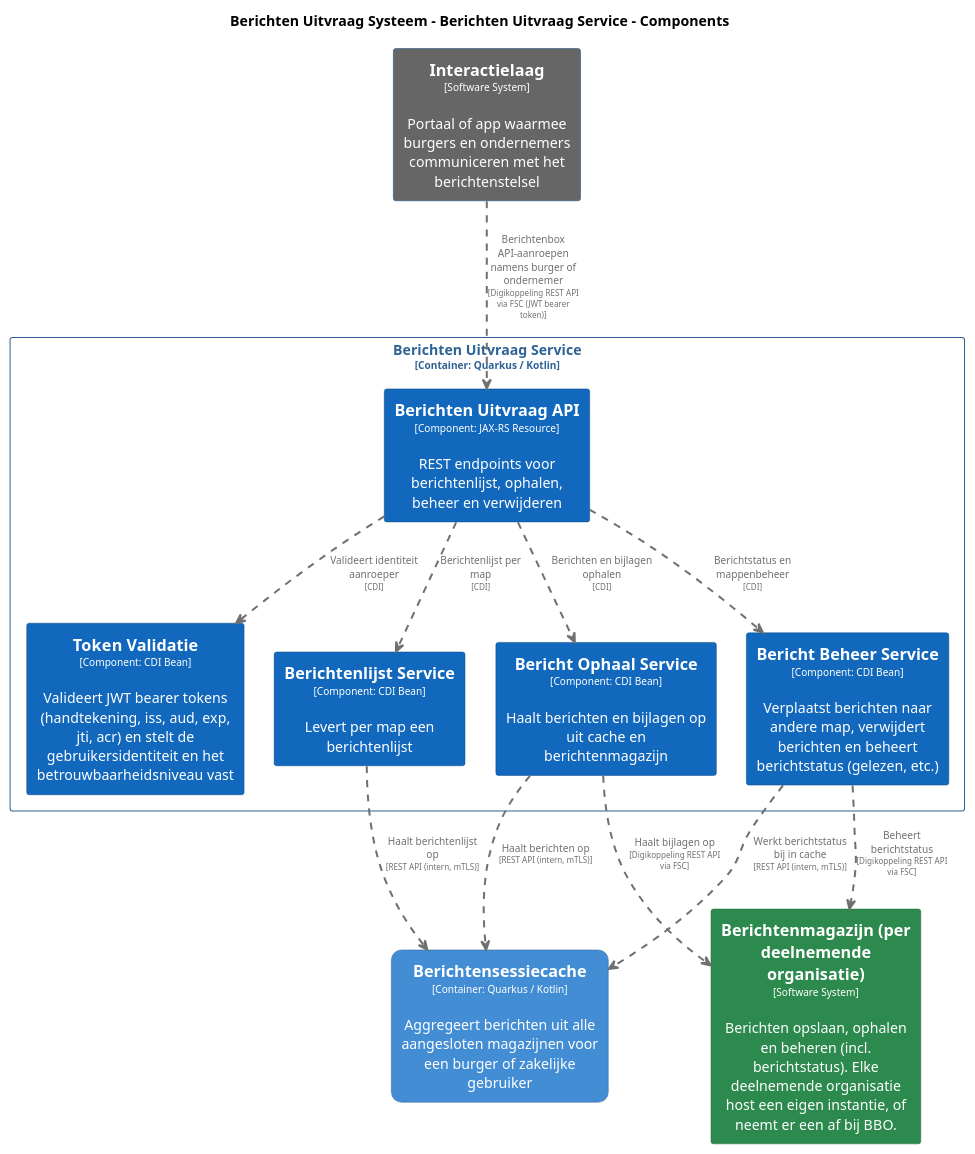
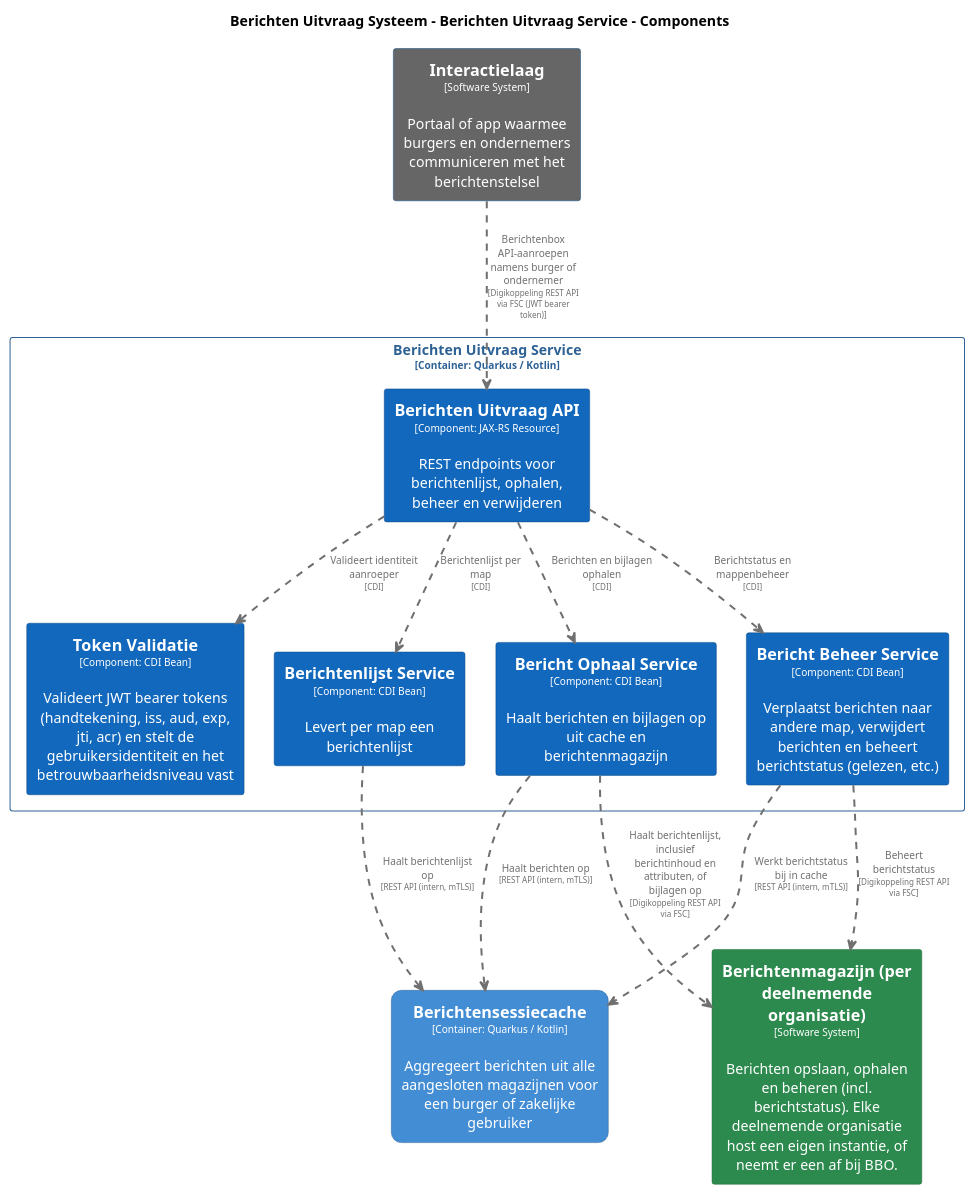
The diagram in pr-preview/pr-29/master/puml/BerichtenUitvraagServiceComponenten.puml (MinBZK/moza-poc-fbs-berichtenbox), drawn with PlantUML before and after one commit. The commit also changed 38 other files, not shown here.

```diff
--- a/pr-preview/pr-29/master/puml/BerichtenUitvraagServiceComponenten.puml
+++ b/pr-preview/pr-29/master/puml/BerichtenUitvraagServiceComponenten.puml
@@ -1,95 +1,95 @@
 @startuml
 set separator none
 title Berichten Uitvraag Systeem - Berichten Uitvraag Service - Components
 
 top to bottom direction
 skinparam ranksep 60
 skinparam nodesep 30
 
 skinparam {
   arrowFontSize 10
   defaultTextAlignment center
   wrapWidth 200
   maxMessageSize 100
 }
 
 hide stereotype
 
 skinparam rectangle<<BerichtenUitvraagSysteem.BerichtenUitvraagService.BerichtBeheerService>> {
   BackgroundColor #1168bd
   FontColor #ffffff
   BorderColor #0b4884
   shadowing false
 }
 skinparam rectangle<<BerichtenUitvraagSysteem.BerichtenUitvraagService.BerichtOphaalService>> {
   BackgroundColor #1168bd
   FontColor #ffffff
   BorderColor #0b4884
   shadowing false
 }
 skinparam rectangle<<BerichtenUitvraagSysteem.BerichtenUitvraagService.BerichtenUitvraagAPI>> {
   BackgroundColor #1168bd
   FontColor #ffffff
   BorderColor #0b4884
   shadowing false
 }
 skinparam rectangle<<BerichtenUitvraagSysteem.BerichtenUitvraagService.BerichtenlijstService>> {
   BackgroundColor #1168bd
   FontColor #ffffff
   BorderColor #0b4884
   shadowing false
 }
 skinparam rectangle<<Berichtenmagazijnperdeelnemendeorganisatie>> {
   BackgroundColor #2d8a4e
   FontColor #ffffff
   BorderColor #1e6b38
   shadowing false
 }
 skinparam rectangle<<BerichtenUitvraagSysteem.Berichtensessiecache>> {
   BackgroundColor #438dd5
   FontColor #ffffff
   BorderColor #2e6295
   roundCorner 20
   shadowing false
 }
 skinparam rectangle<<Interactielaag>> {
   BackgroundColor #666666
   FontColor #ffffff
   BorderColor #0b4884
   shadowing false
 }
 skinparam rectangle<<BerichtenUitvraagSysteem.BerichtenUitvraagService.TokenValidatie>> {
   BackgroundColor #1168bd
   FontColor #ffffff
   BorderColor #0b4884
   shadowing false
 }
 skinparam rectangle<<BerichtenUitvraagSysteem.BerichtenUitvraagService>> {
   BorderColor #2e6295
   FontColor #2e6295
   shadowing false
 }
 
 rectangle "==Interactielaag\n<size:10>[Software System]</size>\n\nPortaal of app waarmee burgers en ondernemers communiceren met het berichtenstelsel" <<Interactielaag>> as Interactielaag
 rectangle "==Berichtenmagazijn (per deelnemende organisatie)\n<size:10>[Software System]</size>\n\nBerichten opslaan, ophalen en beheren (incl. berichtstatus). Elke deelnemende organisatie host een eigen instantie, of neemt er een af bij BBO." <<Berichtenmagazijnperdeelnemendeorganisatie>> as Berichtenmagazijnperdeelnemendeorganisatie
 rectangle "==Berichtensessiecache\n<size:10>[Container: Quarkus / Kotlin]</size>\n\nAggregeert berichten uit alle aangesloten magazijnen voor een burger of zakelijke gebruiker" <<BerichtenUitvraagSysteem.Berichtensessiecache>> as BerichtenUitvraagSysteem.Berichtensessiecache
 
 rectangle "Berichten Uitvraag Service\n<size:10>[Container: Quarkus / Kotlin]</size>" <<BerichtenUitvraagSysteem.BerichtenUitvraagService>> {
   rectangle "==Berichten Uitvraag API\n<size:10>[Component: JAX-RS Resource]</size>\n\nREST endpoints voor berichtenlijst, ophalen, beheer en verwijderen" <<BerichtenUitvraagSysteem.BerichtenUitvraagService.BerichtenUitvraagAPI>> as BerichtenUitvraagSysteem.BerichtenUitvraagService.BerichtenUitvraagAPI
   rectangle "==Token Validatie\n<size:10>[Component: CDI Bean]</size>\n\nValideert JWT bearer tokens (handtekening, iss, aud, exp, jti, acr) en stelt de gebruikersidentiteit en het betrouwbaarheidsniveau vast" <<BerichtenUitvraagSysteem.BerichtenUitvraagService.TokenValidatie>> as BerichtenUitvraagSysteem.BerichtenUitvraagService.TokenValidatie
   rectangle "==Berichtenlijst Service\n<size:10>[Component: CDI Bean]</size>\n\nLevert per map een berichtenlijst" <<BerichtenUitvraagSysteem.BerichtenUitvraagService.BerichtenlijstService>> as BerichtenUitvraagSysteem.BerichtenUitvraagService.BerichtenlijstService
   rectangle "==Bericht Ophaal Service\n<size:10>[Component: CDI Bean]</size>\n\nHaalt berichten en bijlagen op uit cache en berichtenmagazijn" <<BerichtenUitvraagSysteem.BerichtenUitvraagService.BerichtOphaalService>> as BerichtenUitvraagSysteem.BerichtenUitvraagService.BerichtOphaalService
   rectangle "==Bericht Beheer Service\n<size:10>[Component: CDI Bean]</size>\n\nVerplaatst berichten naar andere map, verwijdert berichten en beheert berichtstatus (gelezen, etc.)" <<BerichtenUitvraagSysteem.BerichtenUitvraagService.BerichtBeheerService>> as BerichtenUitvraagSysteem.BerichtenUitvraagService.BerichtBeheerService
 }
 
 BerichtenUitvraagSysteem.BerichtenUitvraagService.BerichtenUitvraagAPI .[#707070,thickness=2].> BerichtenUitvraagSysteem.BerichtenUitvraagService.TokenValidatie : "<color:#707070>Valideert identiteit aanroeper\n<color:#707070><size:8>[CDI]</size>"
 BerichtenUitvraagSysteem.BerichtenUitvraagService.BerichtenUitvraagAPI .[#707070,thickness=2].> BerichtenUitvraagSysteem.BerichtenUitvraagService.BerichtenlijstService : "<color:#707070>Berichtenlijst per map\n<color:#707070><size:8>[CDI]</size>"
 BerichtenUitvraagSysteem.BerichtenUitvraagService.BerichtenUitvraagAPI .[#707070,thickness=2].> BerichtenUitvraagSysteem.BerichtenUitvraagService.BerichtOphaalService : "<color:#707070>Berichten en bijlagen ophalen\n<color:#707070><size:8>[CDI]</size>"
 BerichtenUitvraagSysteem.BerichtenUitvraagService.BerichtenUitvraagAPI .[#707070,thickness=2].> BerichtenUitvraagSysteem.BerichtenUitvraagService.BerichtBeheerService : "<color:#707070>Berichtstatus en mappenbeheer\n<color:#707070><size:8>[CDI]</size>"
 BerichtenUitvraagSysteem.BerichtenUitvraagService.BerichtOphaalService .[#707070,thickness=2].> BerichtenUitvraagSysteem.Berichtensessiecache : "<color:#707070>Haalt berichten op\n<color:#707070><size:8>[REST API (intern, mTLS)]</size>"
 BerichtenUitvraagSysteem.BerichtenUitvraagService.BerichtenlijstService .[#707070,thickness=2].> BerichtenUitvraagSysteem.Berichtensessiecache : "<color:#707070>Haalt berichtenlijst op\n<color:#707070><size:8>[REST API (intern, mTLS)]</size>"
 BerichtenUitvraagSysteem.BerichtenUitvraagService.BerichtBeheerService .[#707070,thickness=2].> BerichtenUitvraagSysteem.Berichtensessiecache : "<color:#707070>Werkt berichtstatus bij in cache\n<color:#707070><size:8>[REST API (intern, mTLS)]</size>"
 Interactielaag .[#707070,thickness=2].> BerichtenUitvraagSysteem.BerichtenUitvraagService.BerichtenUitvraagAPI : "<color:#707070>Berichtenbox API-aanroepen namens burger of ondernemer\n<color:#707070><size:8>[Digikoppeling REST API via FSC (JWT bearer token)]</size>"
-BerichtenUitvraagSysteem.BerichtenUitvraagService.BerichtOphaalService .[#707070,thickness=2].> Berichtenmagazijnperdeelnemendeorganisatie : "<color:#707070>Haalt bijlagen op\n<color:#707070><size:8>[Digikoppeling REST API via FSC]</size>"
+BerichtenUitvraagSysteem.BerichtenUitvraagService.BerichtOphaalService .[#707070,thickness=2].> Berichtenmagazijnperdeelnemendeorganisatie : "<color:#707070>Haalt berichtenlijst, inclusief berichtinhoud en attributen, of bijlagen op\n<color:#707070><size:8>[Digikoppeling REST API via FSC]</size>"
 BerichtenUitvraagSysteem.BerichtenUitvraagService.BerichtBeheerService .[#707070,thickness=2].> Berichtenmagazijnperdeelnemendeorganisatie : "<color:#707070>Beheert berichtstatus\n<color:#707070><size:8>[Digikoppeling REST API via FSC]</size>"
 @enduml
```
